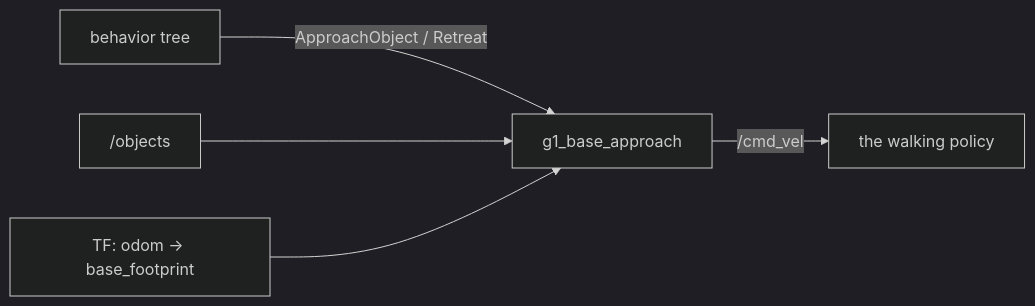
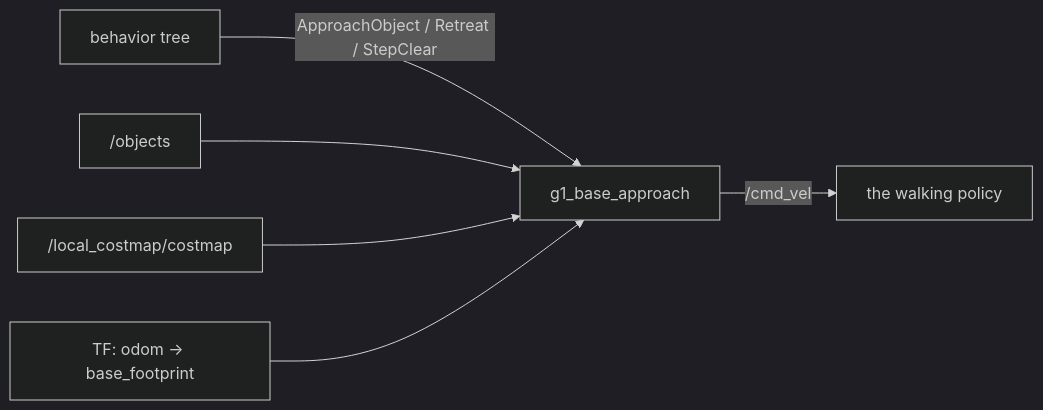
The diagram in workspace/src/g1_locomotion/README.md (Adyansh04/grove-g1), drawn with Mermaid (dark theme) before and after one commit. The commit also changed other lines of this file and 140 other files, not shown here.

````diff
--- a/workspace/src/g1_locomotion/README.md
+++ b/workspace/src/g1_locomotion/README.md
@@ -7,7 +8,8 @@
 ```mermaid
 flowchart LR
-    BT["behavior tree"] -- "ApproachObject / Retreat" --> BA["g1_base_approach"]
+    BT["behavior tree"] -- "ApproachObject / Retreat / StepClear" --> BA["g1_base_approach"]
     OBJ["/objects"] --> BA
+    CM["/local_costmap/costmap"] --> BA
     TF["TF: odom -> base_footprint"] --> BA
     BA -- "/cmd_vel" --> POL["the walking policy"]
 ```
````
